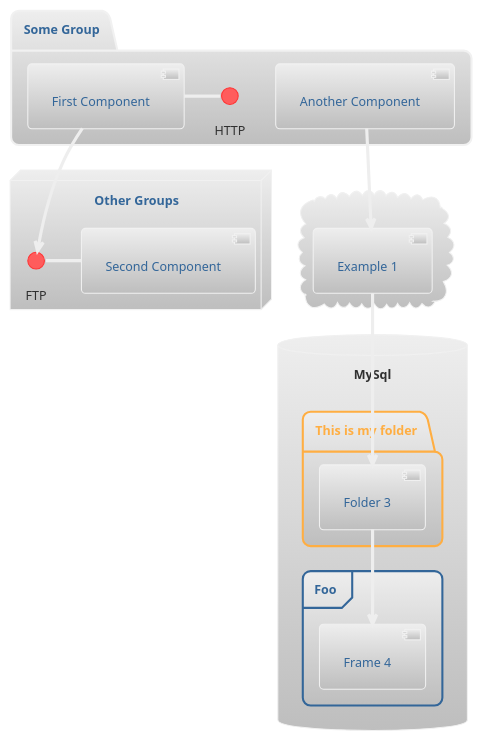
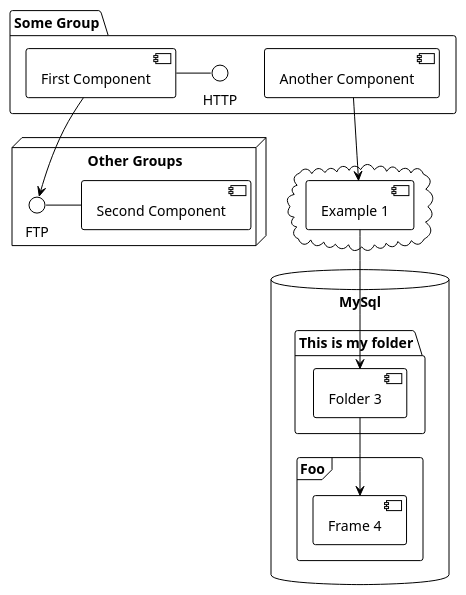
One commit to adautomendes/plantUmlAutomation changed the diagram in diagrams/componentDiagram.puml. Above: the diagram before and after it, drawn with PlantUML. The commit also changed 5 other files, not shown here.

Commit message:
Update diagrams theme

```diff
--- a/diagrams/componentDiagram.puml
+++ b/diagrams/componentDiagram.puml
@@ -1,33 +1,33 @@
 @startuml
-!theme silver
+!theme plain
 
 package "Some Group" {
   HTTP - [First Component]
   [Another Component]
 }
 
 node "Other Groups" {
   FTP - [Second Component]
   [First Component] --> FTP
 }
 
 cloud {
   [Example 1]
 }
 
 
 database "MySql" {
   folder "This is my folder" {
     [Folder 3]
   }
   frame "Foo" {
     [Frame 4]
   }
 }
 
 
 [Another Component] --> [Example 1]
 [Example 1] --> [Folder 3]
 [Folder 3] --> [Frame 4]
 
 @enduml
```
